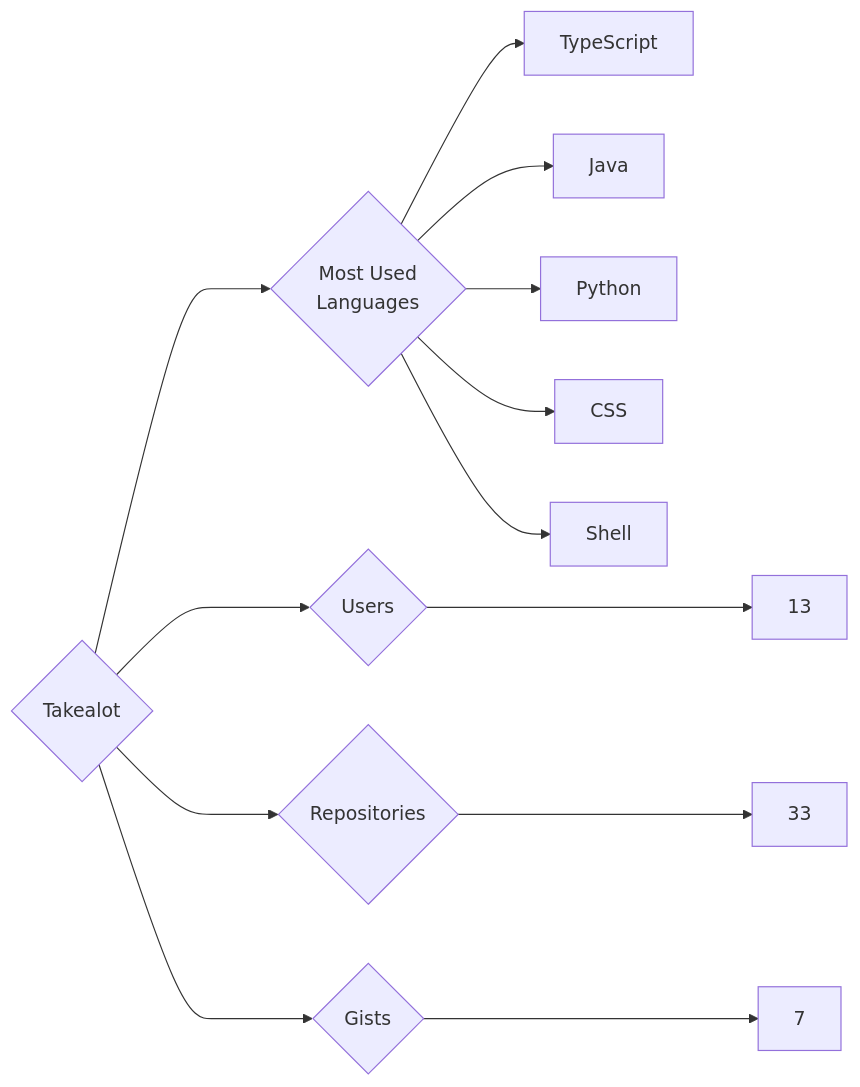
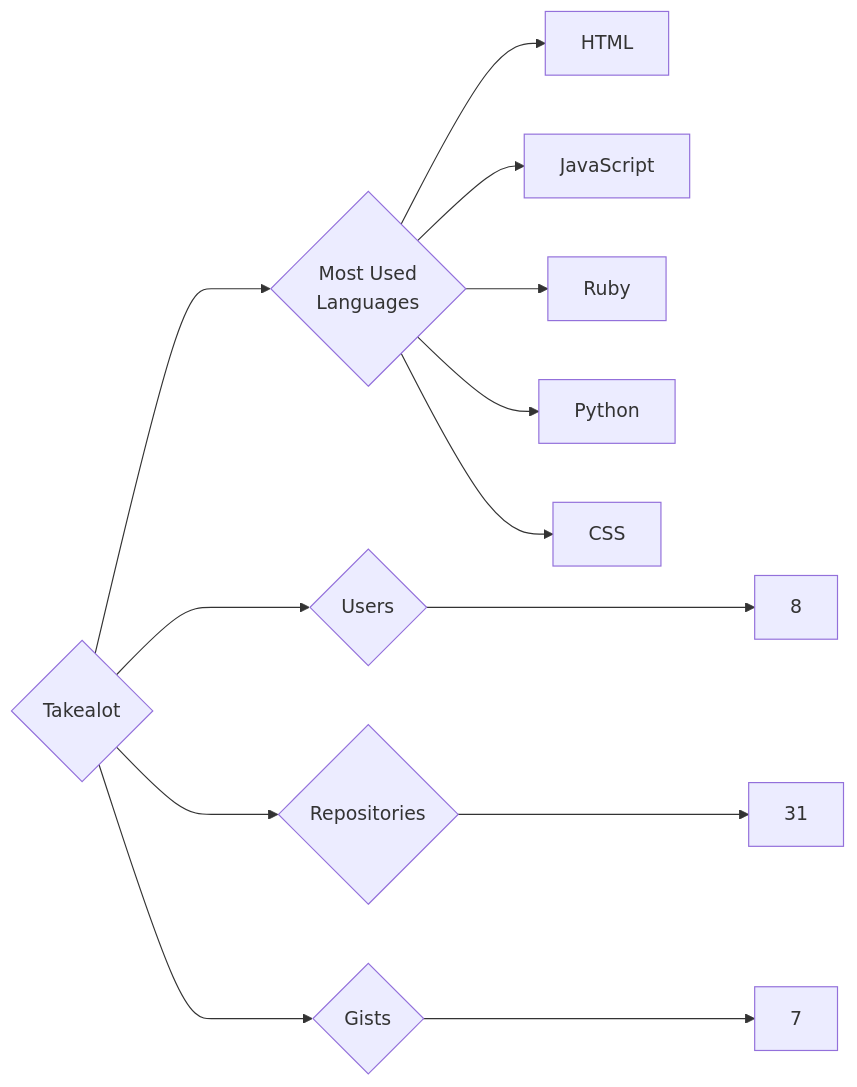
Before and after one commit to trickest/insiders: the diagram in targets/Takealot/README.md, drawn with Mermaid. The commit also changed 787 other files, not shown here.

````diff
--- a/targets/Takealot/README.md
+++ b/targets/Takealot/README.md
@@ -3,13 +3,13 @@
 ```mermaid
 graph LR
 COMPANY_NAME{Takealot}
-COMPANY_NAME ---> U{Users} ---> UN[13]
-COMPANY_NAME ---> R{Repositories} ---> RN[33]
+COMPANY_NAME ---> U{Users} ---> UN[8]
+COMPANY_NAME ---> R{Repositories} ---> RN[31]
 COMPANY_NAME ---> G{Gists} ---> GN[7]
 COMPANY_NAME ---> ML{Most Used<br>Languages}
-ML --> TypeScript[TypeScript]
-ML --> Java[Java]
+ML --> HTML[HTML]
+ML --> JavaScript[JavaScript]
+ML --> Ruby[Ruby]
 ML --> Python[Python]
 ML --> CSS[CSS]
-ML --> Shell[Shell]
 ```
````
